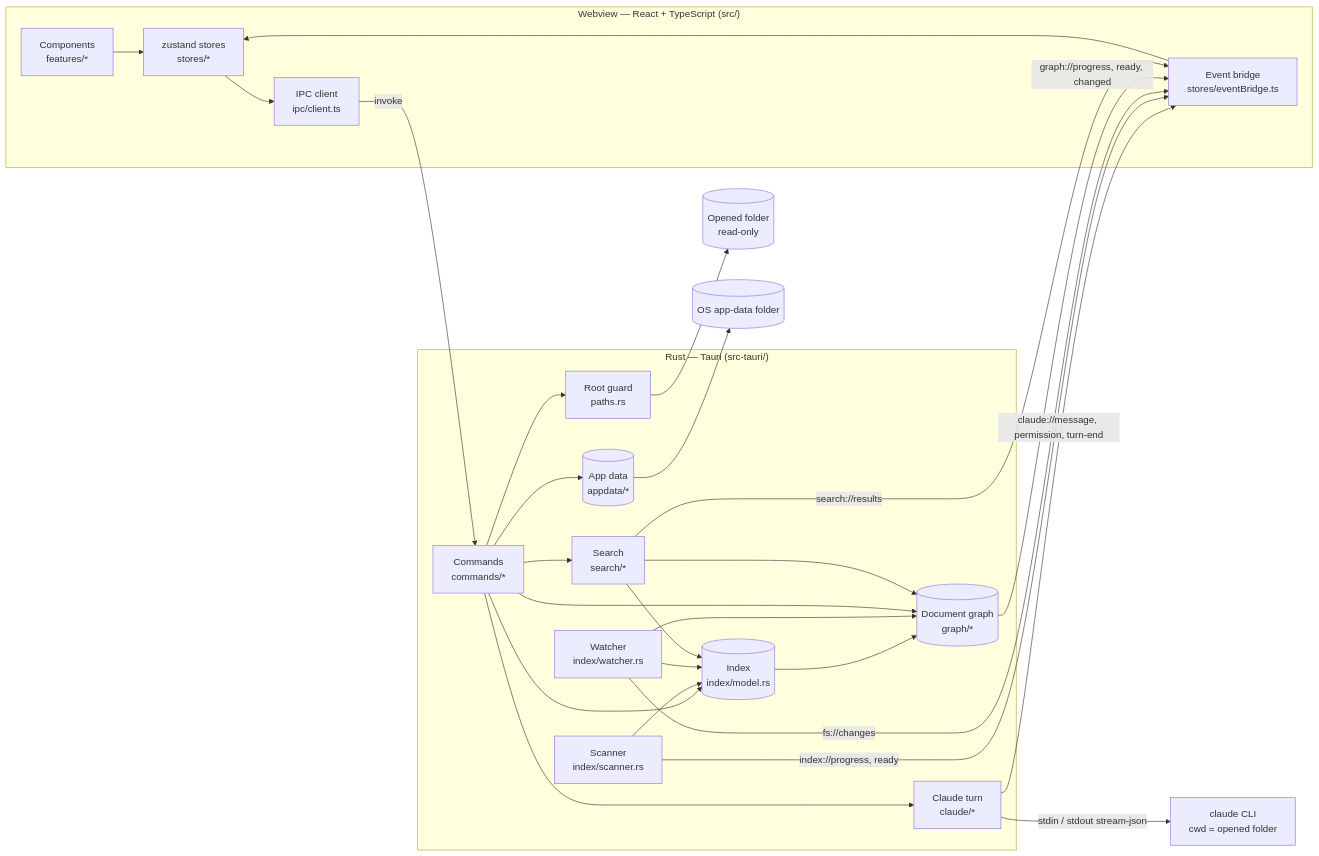
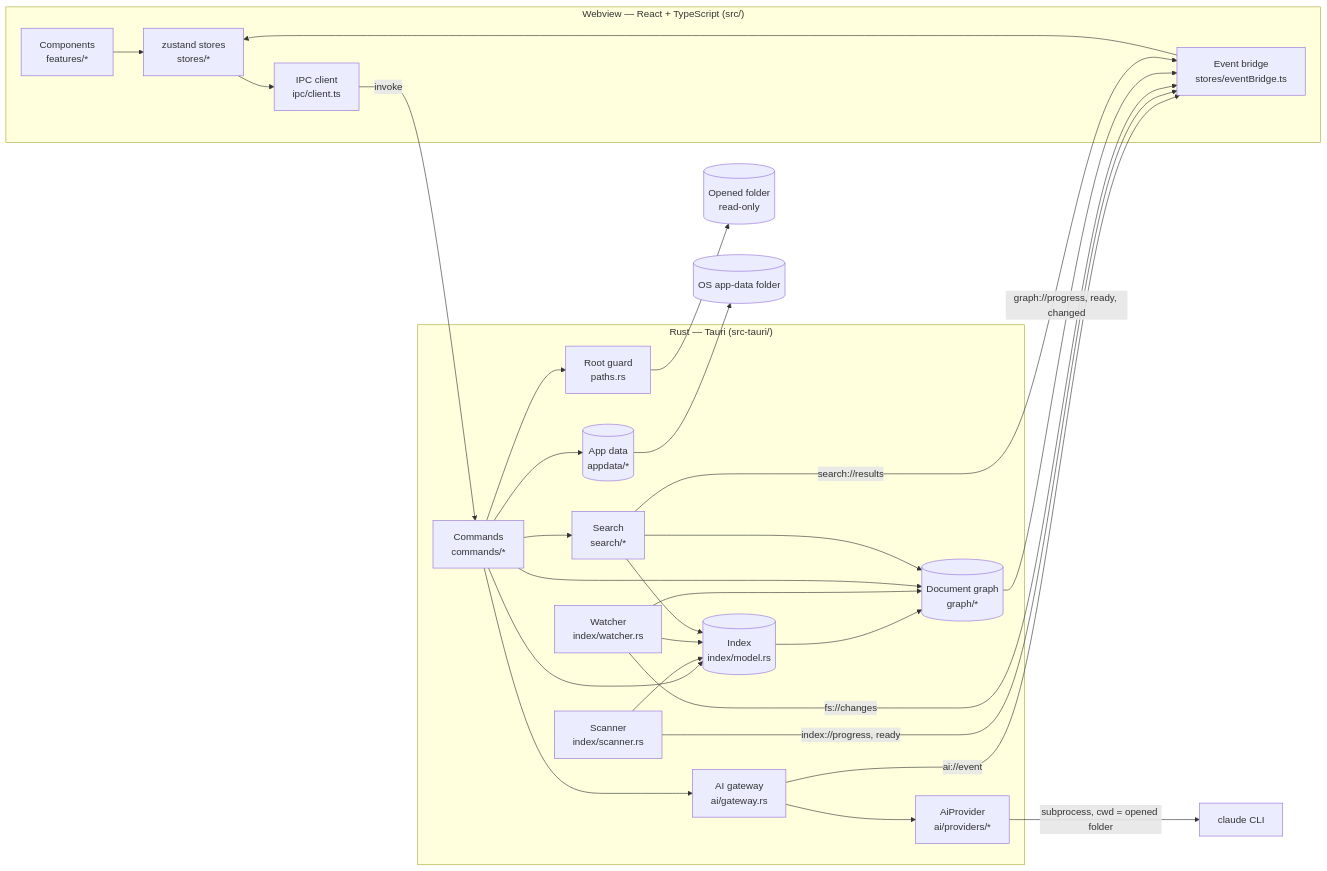
One commit to jean3978/IGrasp changed the first of 6 diagrams in docs/architecture.md. Above: the diagram before and after it, drawn with Mermaid. The commit also changed other lines of this file and 8 other files, not shown here.

First line of the commit message:
docs: ADR 0015 for the AI provider abstraction and the no-token-without-a-user-action gateway

````diff
--- a/docs/architecture.md
+++ b/docs/architecture.md
@@ -8,31 +8,32 @@
 ```mermaid
 flowchart LR
   subgraph Webview["Webview — React + TypeScript (src/)"]
     UI[Components<br/>features/*] --> Stores[zustand stores<br/>stores/*]
     Stores --> Client[IPC client<br/>ipc/client.ts]
     Bridge[Event bridge<br/>stores/eventBridge.ts] --> Stores
   end
   subgraph Rust["Rust — Tauri (src-tauri/)"]
     Commands[Commands<br/>commands/*] --> Guard[Root guard<br/>paths.rs]
     Commands --> Index[(Index<br/>index/model.rs)]
     Scanner[Scanner<br/>index/scanner.rs] --> Index
     Watcher[Watcher<br/>index/watcher.rs] --> Index
     Index --> Graph[(Document graph<br/>graph/*)]
     Watcher --> Graph
     Commands --> Graph
     Commands --> Search[Search<br/>search/*]
     Search --> Index
     Search --> Graph
     Commands --> AppData[(App data<br/>appdata/*)]
-    Commands --> Claude[Claude turn<br/>claude/*]
+    Commands --> Gateway[AI gateway<br/>ai/gateway.rs]
+    Gateway --> Provider[AiProvider<br/>ai/providers/*]
   end
-  Claude -- "stdin / stdout stream-json" --> CLI[claude CLI<br/>cwd = opened folder]
-  Claude -- "claude://message, permission, turn-end" --> Bridge
+  Provider -- "subprocess, cwd = opened folder" --> CLI[claude CLI]
+  Gateway -- "ai://event" --> Bridge
   Client -- invoke --> Commands
   Scanner -- "index://progress, ready" --> Bridge
   Watcher -- "fs://changes" --> Bridge
   Graph -- "graph://progress, ready, changed" --> Bridge
   Search -- "search://results" --> Bridge
   Guard --> Folder[(Opened folder<br/>read-only)]
   AppData --> Disk[(OS app-data folder)]
 ```
````
